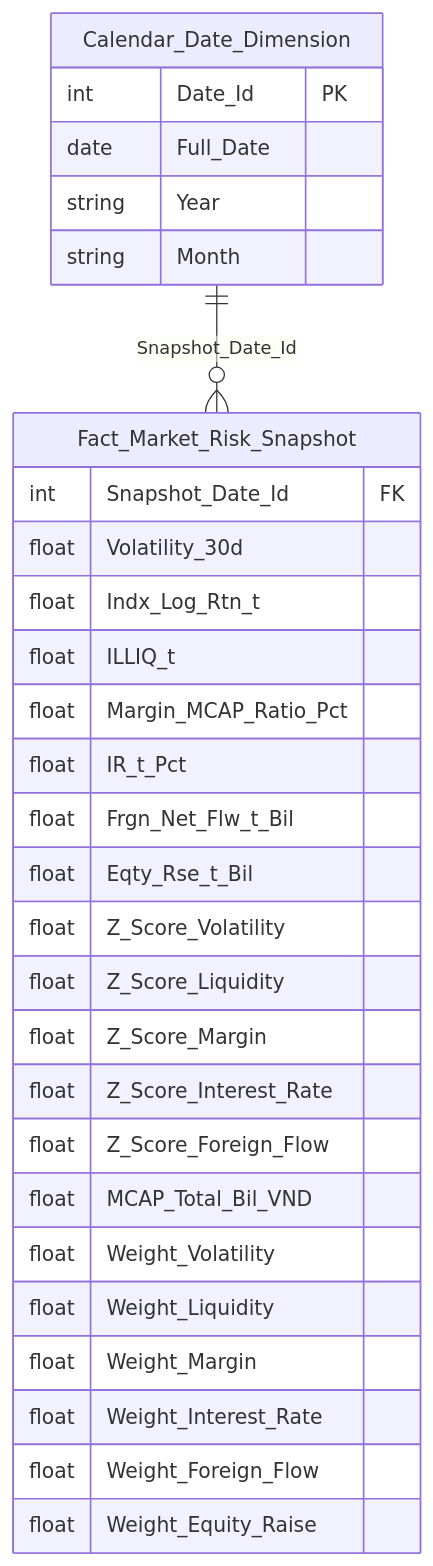
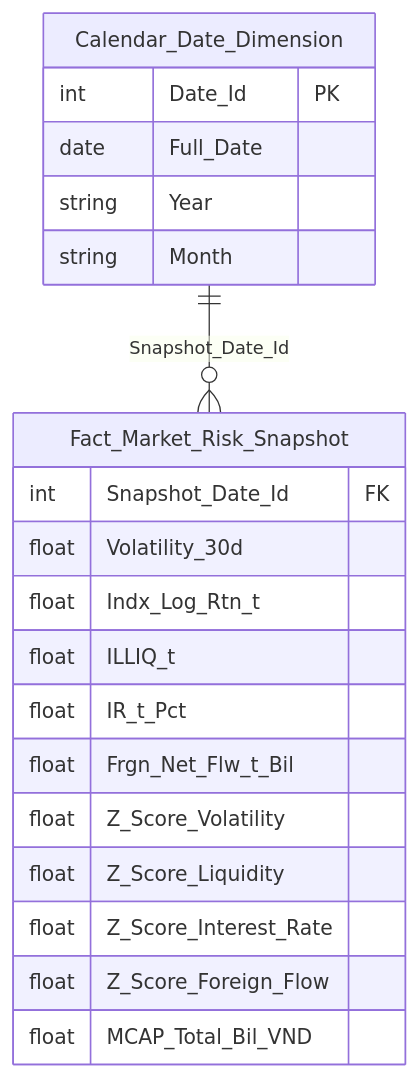
One commit to linhlvit/ubck_atomic_design changed diagram 14 of 54 in Datamart/hld/DTM_PTTT_HLD.md. Above: the diagram before and after it, drawn with Mermaid. The commit also changed other lines of this file and 5 other files, not shown here.

````diff
--- a/Datamart/hld/DTM_PTTT_HLD.md
+++ b/Datamart/hld/DTM_PTTT_HLD.md
@@ -581,32 +567,23 @@
 ```mermaid
 erDiagram
     Fact_Market_Risk_Snapshot {
         int Snapshot_Date_Id FK
         float Volatility_30d
         float Indx_Log_Rtn_t
         float ILLIQ_t
-        float Margin_MCAP_Ratio_Pct
         float IR_t_Pct
         float Frgn_Net_Flw_t_Bil
-        float Eqty_Rse_t_Bil
         float Z_Score_Volatility
         float Z_Score_Liquidity
-        float Z_Score_Margin
         float Z_Score_Interest_Rate
         float Z_Score_Foreign_Flow
         float MCAP_Total_Bil_VND
-        float Weight_Volatility
-        float Weight_Liquidity
-        float Weight_Margin
-        float Weight_Interest_Rate
-        float Weight_Foreign_Flow
-        float Weight_Equity_Raise
     }
     Calendar_Date_Dimension {
         int Date_Id PK
         date Full_Date
         string Year
         string Month
     }
     Calendar_Date_Dimension ||--o{ Fact_Market_Risk_Snapshot : "Snapshot_Date_Id"
 ```
````
